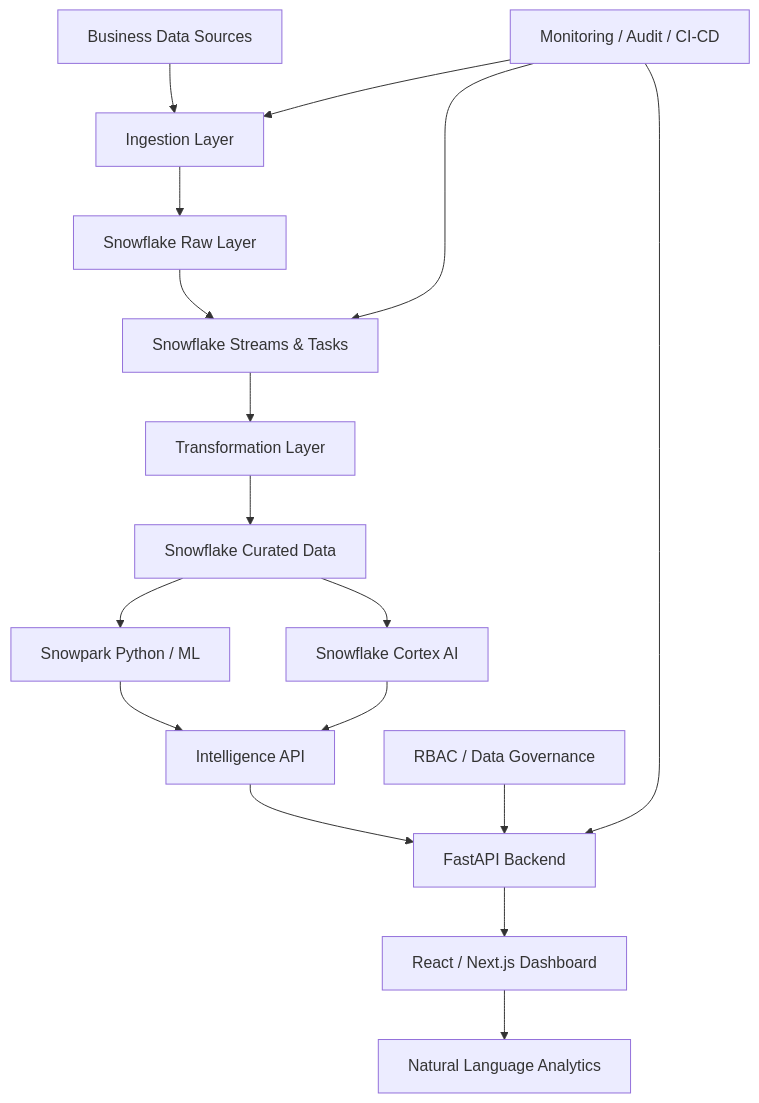
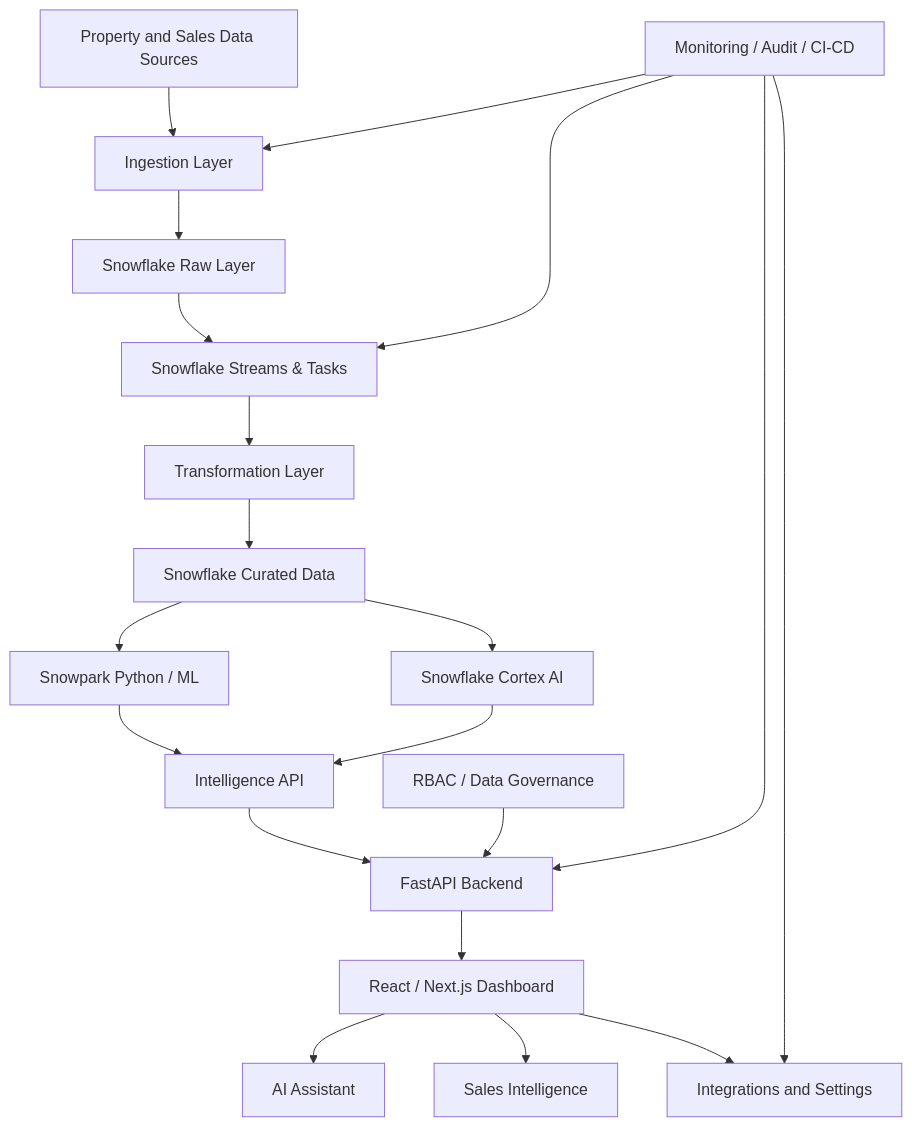
One commit to Web8080/enterprise-intelligence-platform changed the first of 17 diagrams in README.md. Above: the diagram before and after it, drawn with Mermaid. The commit also changed other lines of this file and 15 other files, not shown here.

Commit message:
Add sales, AI assistant, integrations and settings dashboard views

````diff
--- a/README.md
+++ b/README.md
@@ -27,19 +29,22 @@
 ```mermaid
 flowchart TD
-    A[Business Data Sources] --> B[Ingestion Layer]
+    A[Property and Sales Data Sources] --> B[Ingestion Layer]
     B --> C[Snowflake Raw Layer]
     C --> D[Snowflake Streams & Tasks]
     D --> E[Transformation Layer]
     E --> F[Snowflake Curated Data]
     F --> G[Snowpark Python / ML]
     F --> H[Snowflake Cortex AI]
     G --> I[Intelligence API]
     H --> I
     I --> J[FastAPI Backend]
     J --> K[React / Next.js Dashboard]
-    K --> L[Natural Language Analytics]
+    K --> L[AI Assistant]
+    K --> O[Sales Intelligence]
+    K --> P[Integrations and Settings]
     M[RBAC / Data Governance] --> J
     N[Monitoring / Audit / CI-CD] --> B
     N --> D
     N --> J
+    N --> P
 ```
````
